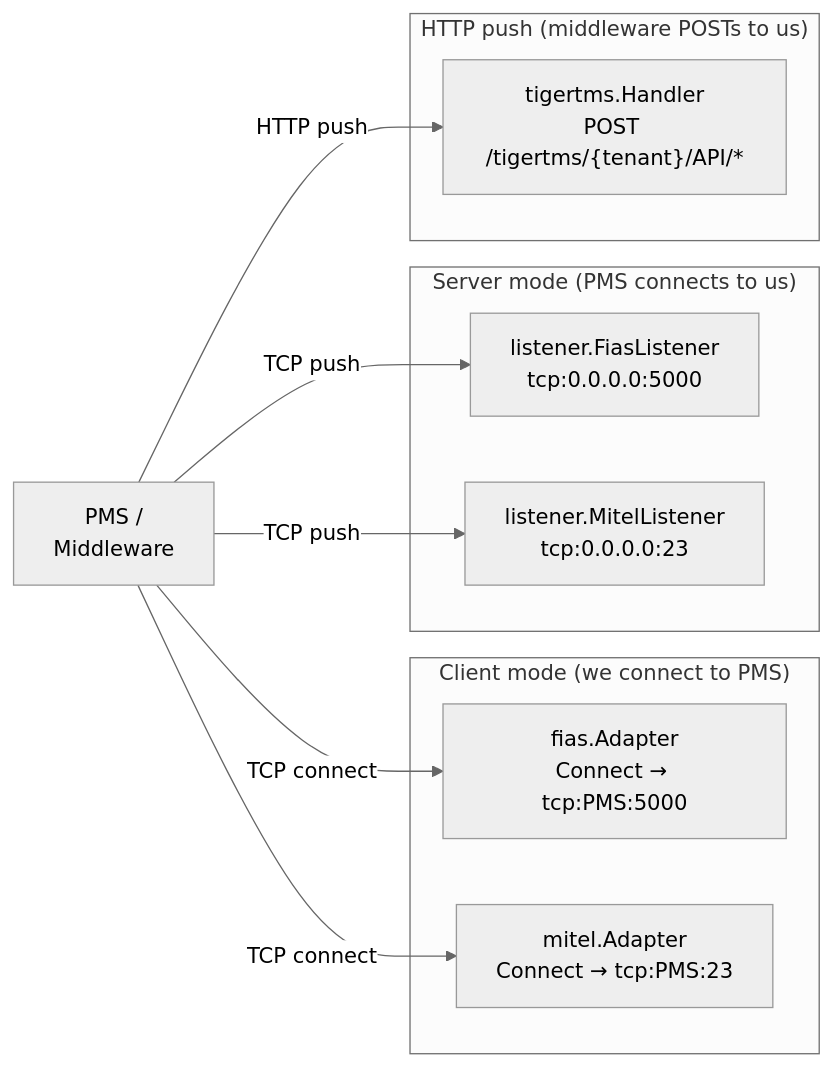
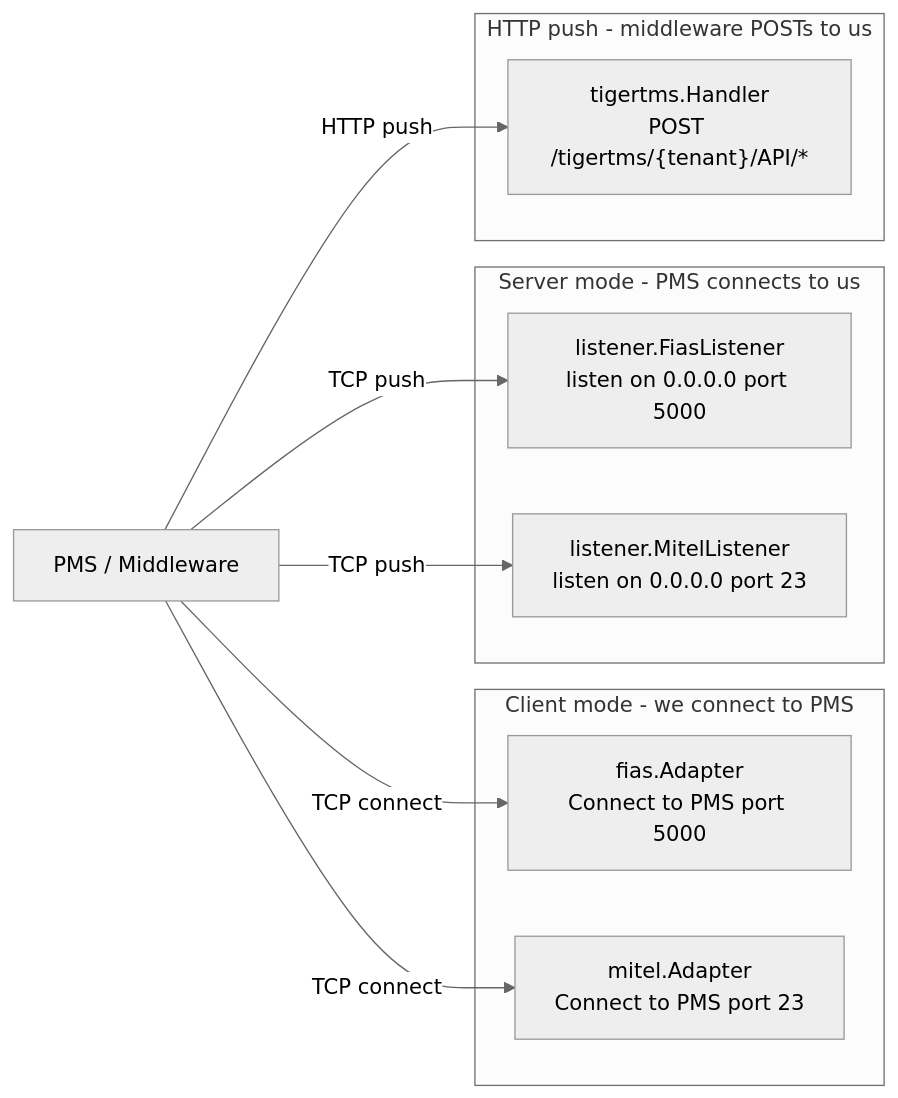
The diagram in docs/protocols.md (sagostin/pbx-hospitality), drawn with Mermaid (neutral theme) before and after one commit. The commit also changed 4 other files, not shown here.

First line of the commit message:
docs(mermaid): fix all 28 mermaid diagrams to render reliably

````diff
--- a/docs/protocols.md
+++ b/docs/protocols.md
@@ -10,24 +10,24 @@
 ```mermaid
 flowchart LR
-    subgraph Connect["Client mode (we connect to PMS)"]
-        C_FIAS["fias.Adapter<br/>Connect → tcp:PMS:5000"]
-        C_MITEL["mitel.Adapter<br/>Connect → tcp:PMS:23"]
+    subgraph Connect["Client mode - we connect to PMS"]
+        C_FIAS["fias.Adapter<br/>Connect to PMS port 5000"]
+        C_MITEL["mitel.Adapter<br/>Connect to PMS port 23"]
     end
 
-    subgraph Server["Server mode (PMS connects to us)"]
-        S_FIAS["listener.FiasListener<br/>tcp:0.0.0.0:5000"]
-        S_MITEL["listener.MitelListener<br/>tcp:0.0.0.0:23"]
+    subgraph Server["Server mode - PMS connects to us"]
+        S_FIAS["listener.FiasListener<br/>listen on 0.0.0.0 port 5000"]
+        S_MITEL["listener.MitelListener<br/>listen on 0.0.0.0 port 23"]
     end
 
-    subgraph Push["HTTP push (middleware POSTs to us)"]
+    subgraph Push["HTTP push - middleware POSTs to us"]
         T_TIGER["tigertms.Handler<br/>POST /tigertms/{tenant}/API/*"]
     end
 
-    PMS[PMS /<br/>Middleware]
+    PMS["PMS / Middleware"]
 
     PMS -- "TCP connect" --> C_FIAS
     PMS -- "TCP connect" --> C_MITEL
     PMS -- "TCP push" --> S_FIAS
     PMS -- "TCP push" --> S_MITEL
     PMS -- "HTTP push" --> T_TIGER
 ```
````
